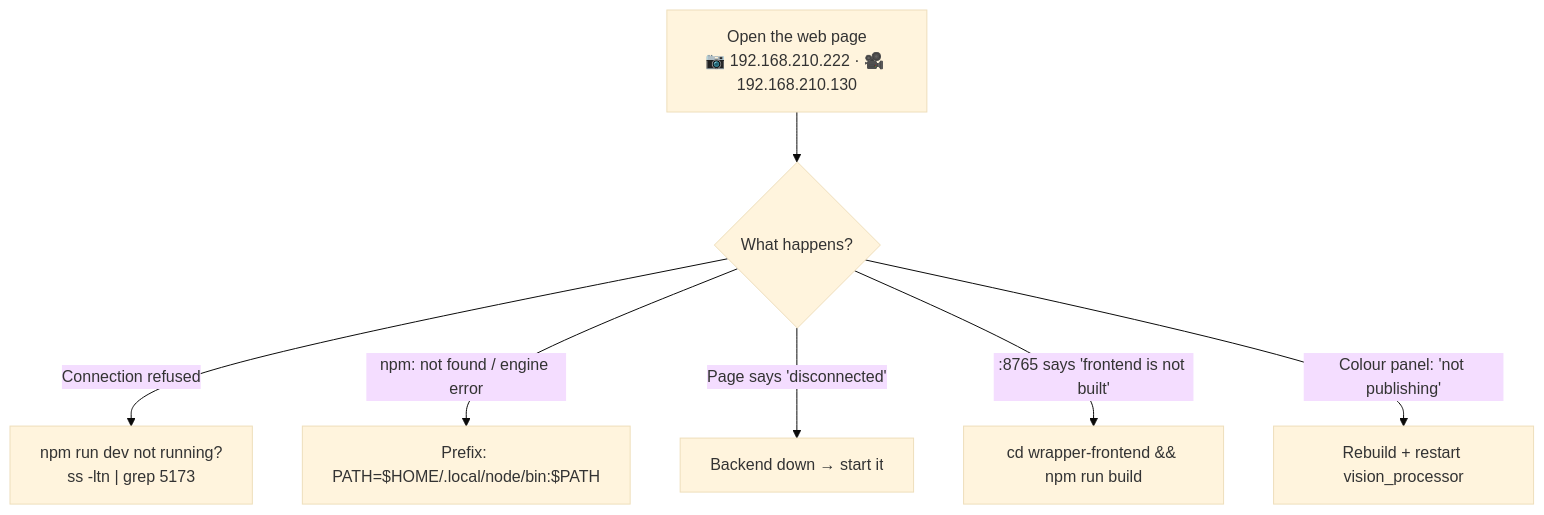
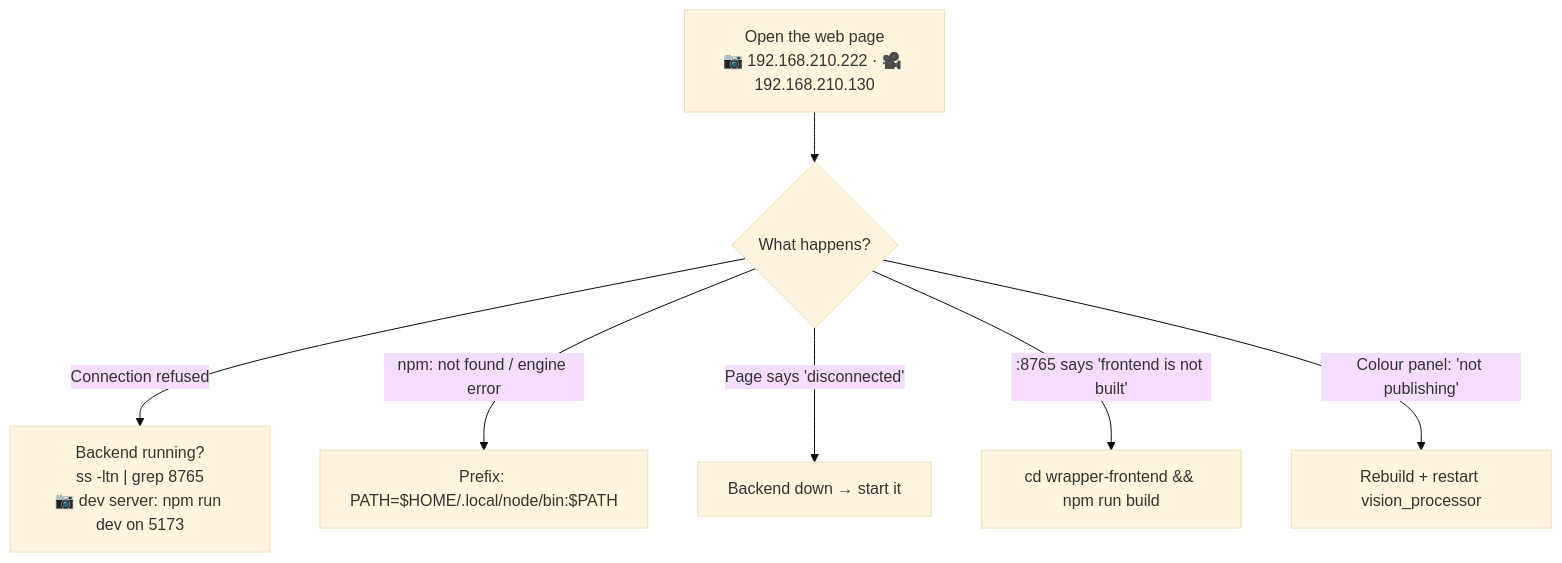
Before and after one commit to WSU-TurtleRabbit/ssl-vision-processor: the fourth of 4 diagrams in docs/troubleshooting.md, drawn with Mermaid (base theme). The commit also changed other lines of this file and 7 other files, not shown here.

````diff
--- a/docs/troubleshooting.md
+++ b/docs/troubleshooting.md
@@ -60,9 +60,9 @@
 ```mermaid
 flowchart TD
     A["Open the web page<br/>📷 192.168.210.222 · 🎥 192.168.210.130"] --> B{"What happens?"}
-    B -->|"Connection refused"| B1["npm run dev not running?<br/>ss -ltn | grep 5173"]
+    B -->|"Connection refused"| B1["Backend running?<br/>ss -ltn | grep 8765<br/>📷 dev server: npm run dev on 5173"]
     B -->|"npm: not found / engine error"| B2["Prefix: PATH=$HOME/.local/node/bin:$PATH"]
     B -->|"Page says 'disconnected'"| B3["Backend down → start it"]
     B -->|":8765 says 'frontend is not built'"| B4["cd wrapper-frontend && npm run build"]
     B -->|"Colour panel: 'not publishing'"| B5["Rebuild + restart vision_processor"]
 ```
````
